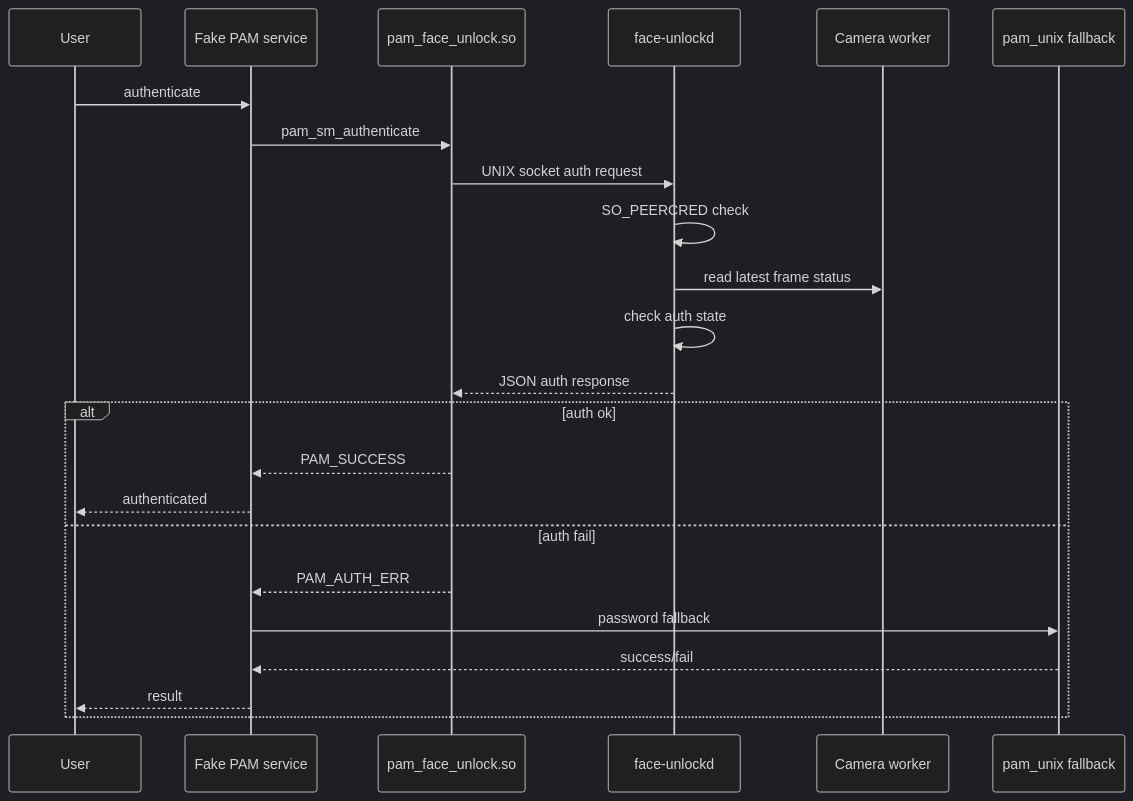
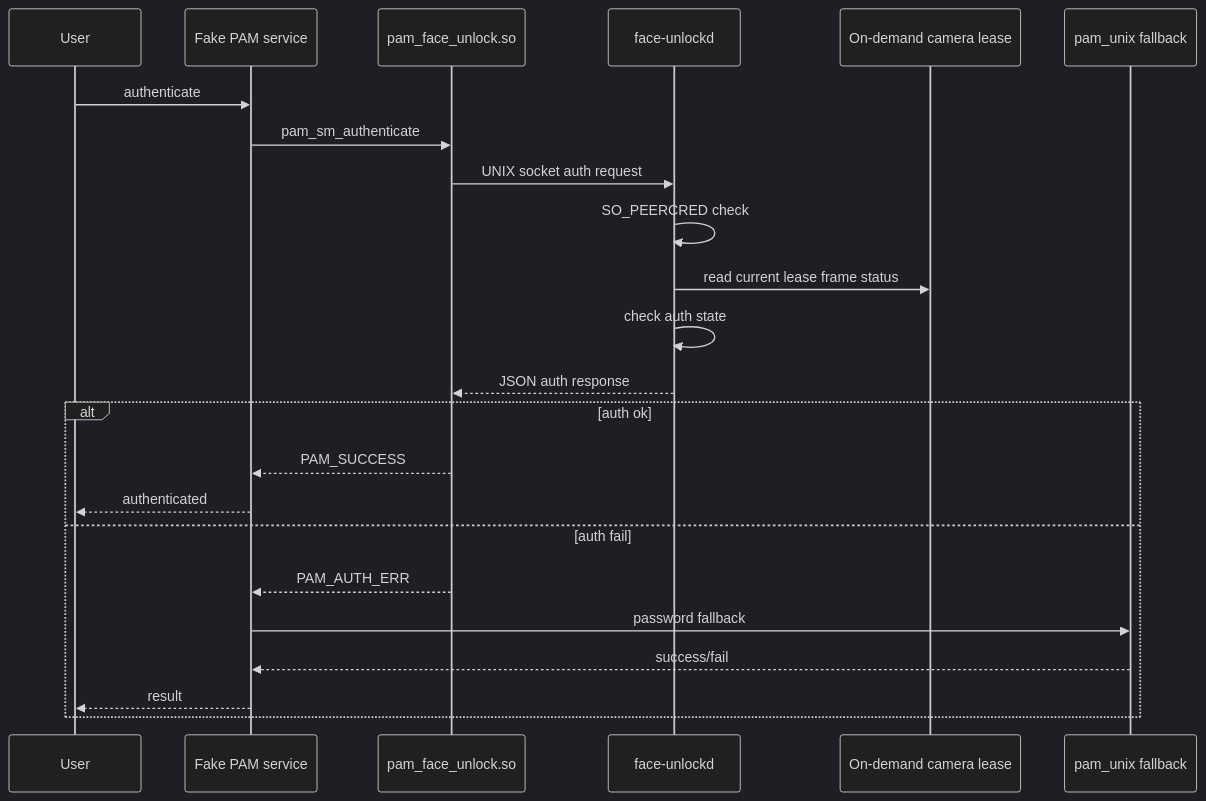
One commit to justneeraj12/face-unlock-linux changed the third of 5 diagrams in docs/architecture.md. Above: the diagram before and after it, drawn with Mermaid (dark theme). The commit also changed other lines of this file and 15 other files, not shown here.

Commit message:
Make daemon camera access on demand

````diff
--- a/docs/architecture.md
+++ b/docs/architecture.md
@@ -237,26 +243,26 @@
 ```mermaid
 sequenceDiagram
     participant User
     participant PAMService as Fake PAM service
     participant Module as pam_face_unlock.so
     participant Daemon as face-unlockd
-    participant Camera as Camera worker
+    participant Camera as On-demand camera lease
     participant Password as pam_unix fallback
 
     User->>PAMService: authenticate
     PAMService->>Module: pam_sm_authenticate
     Module->>Daemon: UNIX socket auth request
     Daemon->>Daemon: SO_PEERCRED check
-    Daemon->>Camera: read latest frame status
+    Daemon->>Camera: read current lease frame status
     Daemon->>Daemon: check auth state
     Daemon-->>Module: JSON auth response
     alt auth ok
         Module-->>PAMService: PAM_SUCCESS
         PAMService-->>User: authenticated
     else auth fail
         Module-->>PAMService: PAM_AUTH_ERR
         PAMService->>Password: password fallback
         Password-->>PAMService: success/fail
         PAMService-->>User: result
     end
 ```
````
